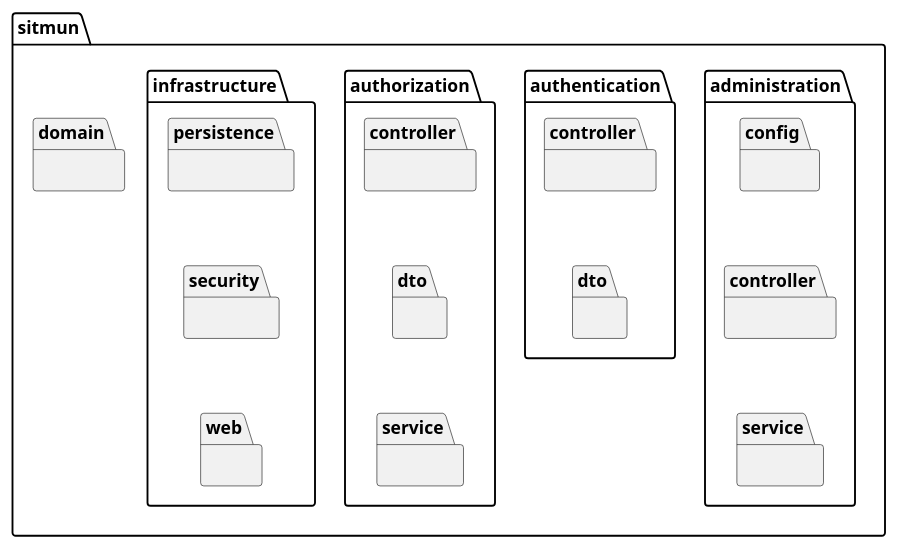
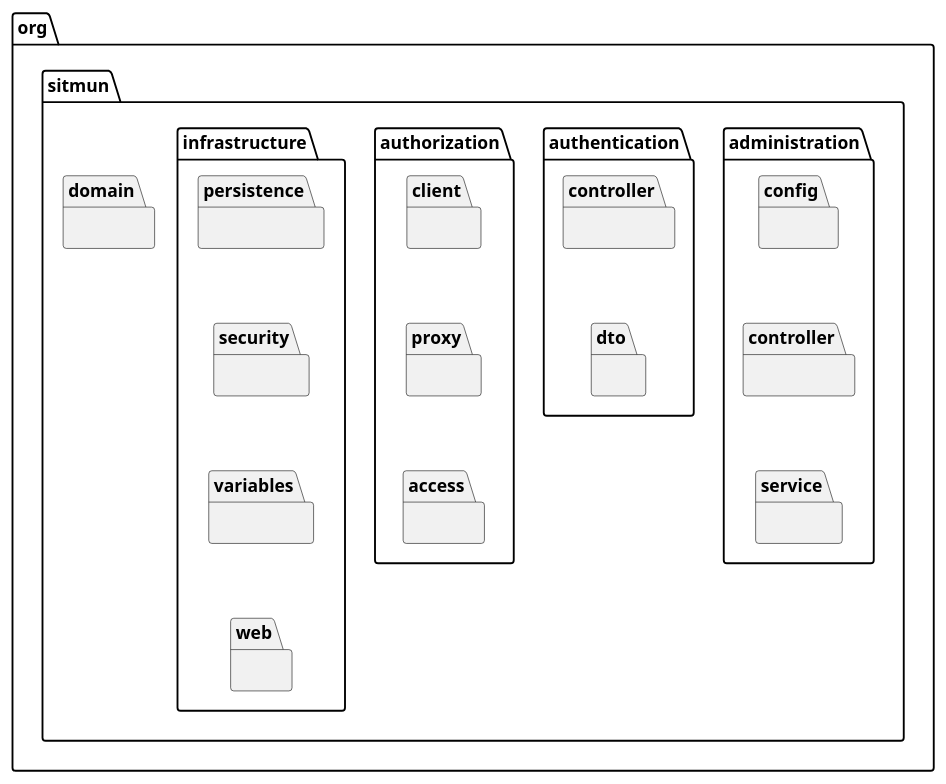
The seventh of 7 diagrams in docs/que-es-sitmun/plataforma/arquitectura/index.md (sitmun/sitmun.github.io), drawn with PlantUML before and after one commit. The commit also changed other lines of this file and 34 other files, not shown here.

````diff
--- a/docs/que-es-sitmun/plataforma/arquitectura/index.md
+++ b/docs/que-es-sitmun/plataforma/arquitectura/index.md
@@ -963,48 +856,51 @@
 ```plantuml
 @startuml Refactor
 skinparam linetype ortho
-package sitmun {
+package org.sitmun {
     package administration {
         package config {
         }
         package controller {
         }
         package service {
         }
         config-d[hidden]->controller
         controller-d[hidden]->service
     }
     
     package authentication {
         package controller {
         }
         package dto {
         }
         controller-d[hidden]->dto
     }
     package authorization {
-        package controller {
+        package client {
         }
-        package dto {
+        package proxy {
         }
-        package service {
+        package access {
         }
-        controller-d[hidden]->dto
-        dto-d[hidden]->service
+        client-d[hidden]->proxy
+        proxy-d[hidden]->access
     }
     package domain {
     }
     package infrastructure {
         package persistence {
         }    
         package security {
         }    
+        package variables {
+        }    
         package web {
         }    
         persistence-d[hidden]->security
-        security-d[hidden]->web
+        security-d[hidden]->variables
+        variables-d[hidden]->web
     }
 }
 
 @enduml
 ```
````
